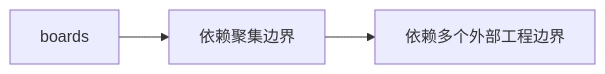
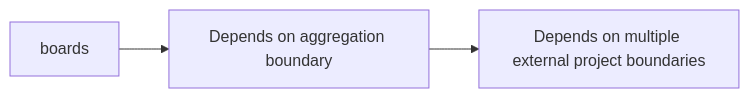
One commit to manmuqingshan/trail-mate changed the diagram in docs/engineering/technical-hotspots/dependency-cluster--boards/technical-hotspot.md. Above: the diagram before and after it, drawn with Mermaid. The commit also changed other lines of this file and 527 other files, not shown here.

````diff
--- a/docs/engineering/technical-hotspots/dependency-cluster--boards/technical-hotspot.md
+++ b/docs/engineering/technical-hotspots/dependency-cluster--boards/technical-hotspot.md
@@ -40,8 +40,8 @@
 ```mermaid
 flowchart LR
   target["boards"]
-  hotspot["依赖聚集边界"]
-  signal["依赖多个外部工程边界"]
+ hotspot["Depends on aggregation boundary"]
+ signal["Depends on multiple external project boundaries"]
   target --> hotspot
   hotspot --> signal
 ```
````
